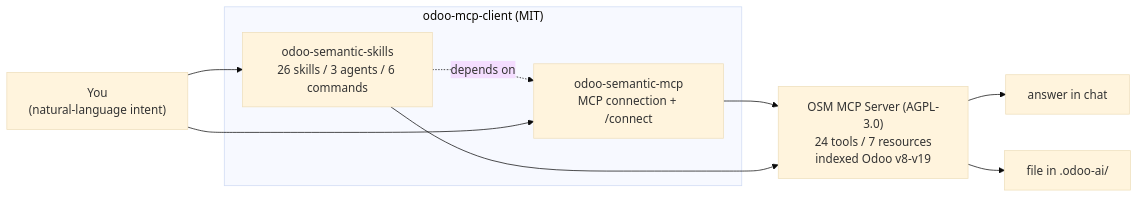
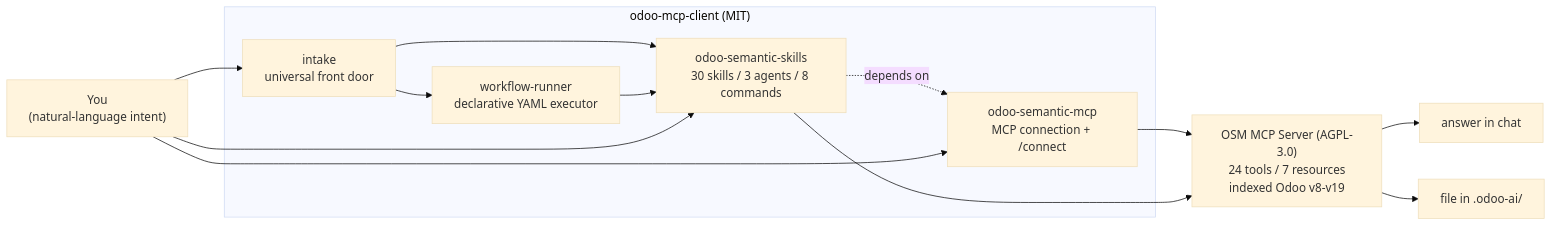
Before and after one commit to Viindoo/odoo-mcp-client: the first of 5 diagrams in README.md, drawn with Mermaid (base theme). The commit also changed other lines of this file and 52 other files, not shown here.

First line of the commit message:
feat(harness): workflow harness — intake front-door + BRL engine + declarative composition

````diff
--- a/README.md
+++ b/README.md
@@ -13,22 +13,28 @@
 ```mermaid
 flowchart LR
     You["You<br/>(natural-language intent)"]
 
     subgraph client["odoo-mcp-client (MIT)"]
-        skills["odoo-semantic-skills<br/>26 skills / 3 agents / 6 commands"]
+        intake["intake<br/>universal front door"]
+        wfrunner["workflow-runner<br/>declarative YAML executor"]
+        skills["odoo-semantic-skills<br/>30 skills / 3 agents / 8 commands"]
         mcp["odoo-semantic-mcp<br/>MCP connection + /connect"]
+        intake --> wfrunner
+        intake --> skills
+        wfrunner --> skills
         skills -."depends on".-> mcp
     end
 
     server["OSM MCP Server (AGPL-3.0)<br/>24 tools / 7 resources<br/>indexed Odoo v8-v19"]
 
     out1["answer in chat"]
     out2["file in .odoo-ai/"]
 
+    You --> intake
     You --> skills
     You --> mcp
     mcp --> server
     skills --> server
     server --> out1
     server --> out2
 ```
````
